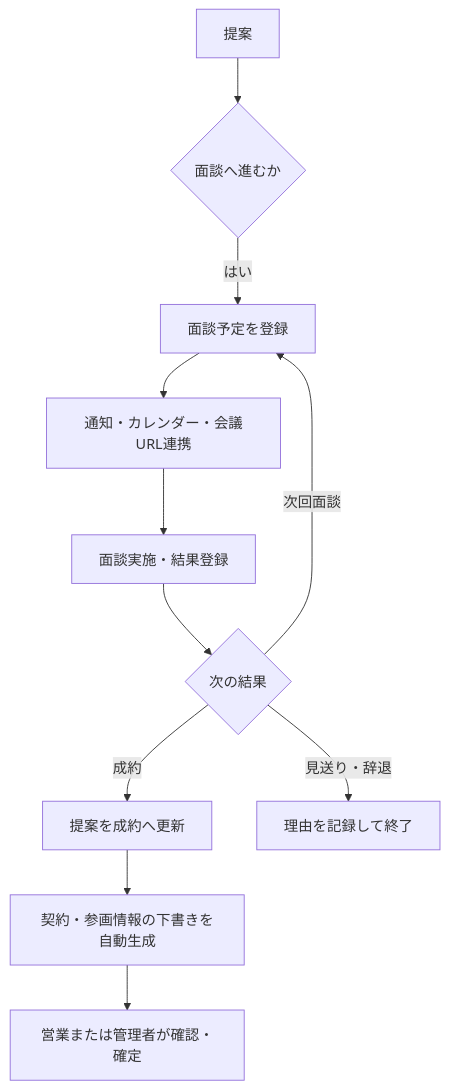
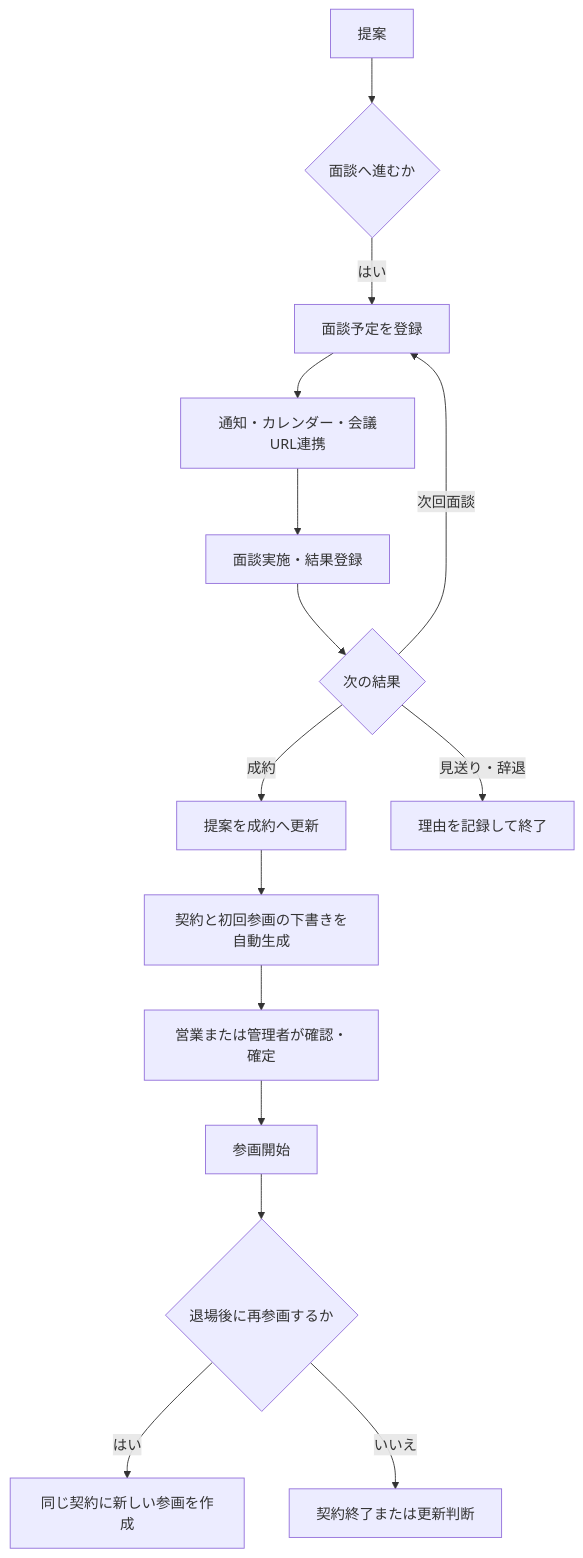
The fourth of 5 diagrams in docs/03_業務フロー.md (e-bluewave/ses-navigator), drawn with Mermaid before and after one commit. The commit also changed other lines of this file, not shown here.

````diff
--- a/docs/03_業務フロー.md
+++ b/docs/03_業務フロー.md
@@ -112,13 +130,17 @@
 ```mermaid
 flowchart TD
     A[提案] --> B{面談へ進むか}
     B -->|はい| C[面談予定を登録]
     C --> D[通知・カレンダー・会議URL連携]
     D --> E[面談実施・結果登録]
     E --> F{次の結果}
     F -->|次回面談| C
     F -->|成約| G[提案を成約へ更新]
     F -->|見送り・辞退| H[理由を記録して終了]
-    G --> I[契約・参画情報の下書きを自動生成]
+    G --> I[契約と初回参画の下書きを自動生成]
     I --> J[営業または管理者が確認・確定]
+    J --> K[参画開始]
+    K --> L{退場後に再参画するか}
+    L -->|はい| M[同じ契約に新しい参画を作成]
+    L -->|いいえ| N[契約終了または更新判断]
 ```
````
